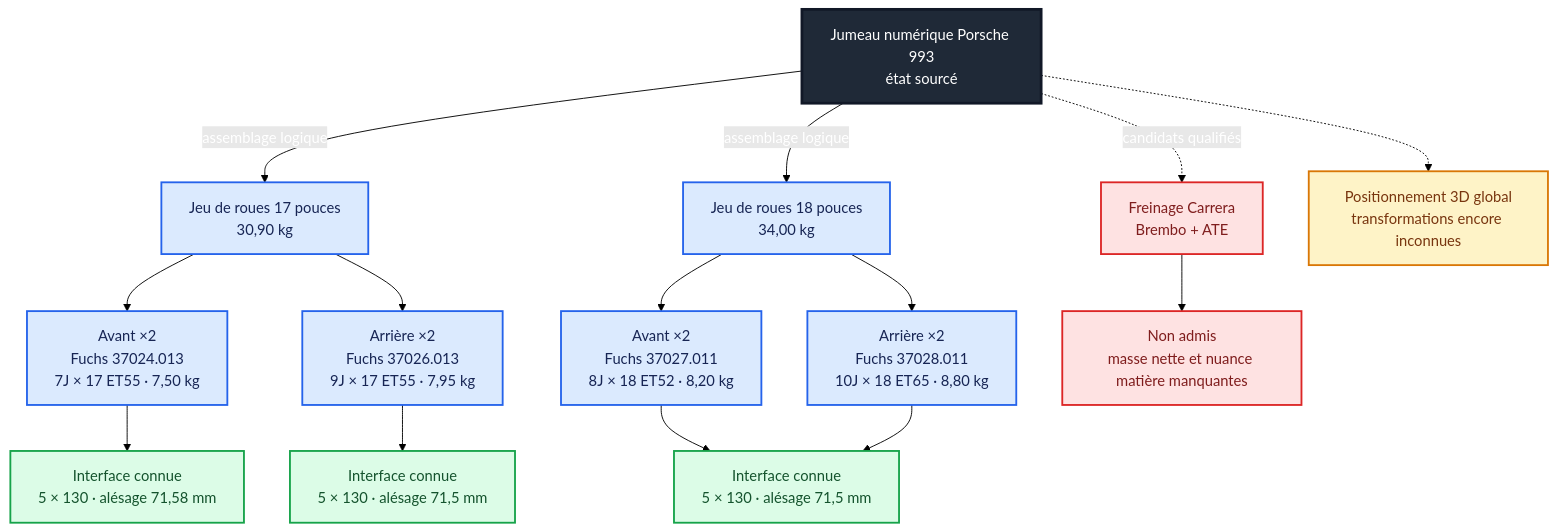
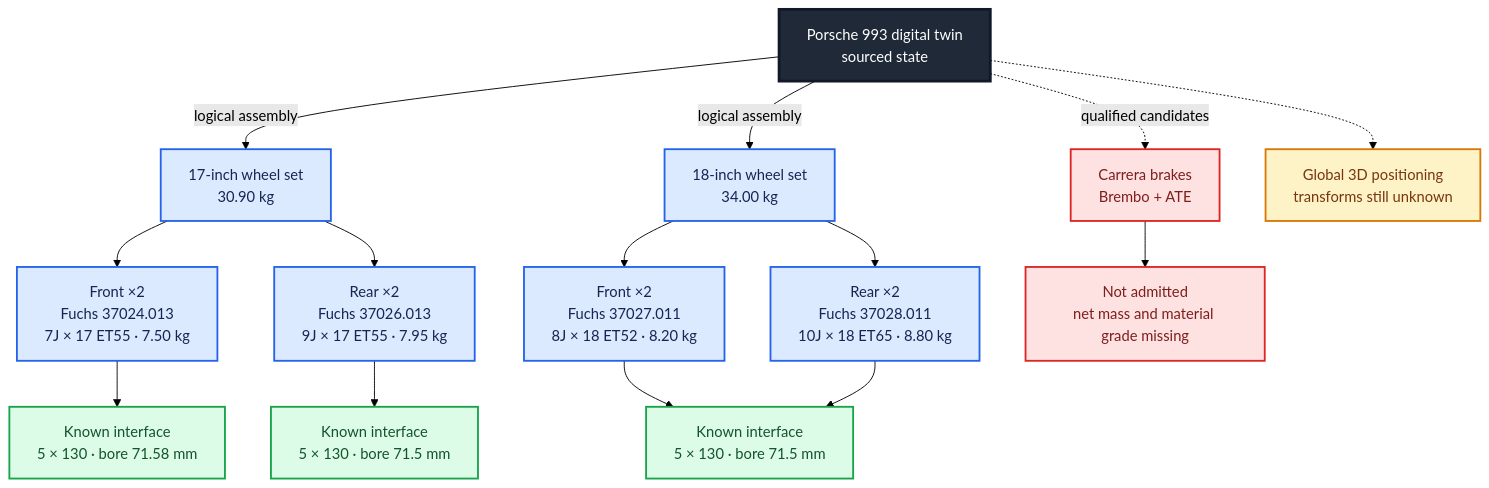
Before and after one commit to cluster2600/porscheparts: the diagram in docs/media/diagrams/digital-twin-993-etat.mmd, drawn with Mermaid (forest theme). The commit also changed 113 other files, not shown here.

```diff
--- a/docs/media/diagrams/digital-twin-993-etat.mmd
+++ b/docs/media/diagrams/digital-twin-993-etat.mmd
@@ -1,31 +1,31 @@
 graph TD
-    T["Jumeau numérique Porsche 993<br/>état sourcé"]
+    T["Porsche 993 digital twin<br/>sourced state"]
 
-    T -->|assemblage logique| W17["Jeu de roues 17 pouces<br/>30,90 kg"]
-    W17 --> F17["Avant ×2<br/>Fuchs 37024.013<br/>7J × 17 ET55 · 7,50 kg"]
-    W17 --> R17["Arrière ×2<br/>Fuchs 37026.013<br/>9J × 17 ET55 · 7,95 kg"]
-    F17 --> I17["Interface connue<br/>5 × 130 · alésage 71,58 mm"]
-    R17 --> I17R["Interface connue<br/>5 × 130 · alésage 71,5 mm"]
+    T -->|logical assembly| W17["17-inch wheel set<br/>30.90 kg"]
+    W17 --> F17["Front ×2<br/>Fuchs 37024.013<br/>7J × 17 ET55 · 7.50 kg"]
+    W17 --> R17["Rear ×2<br/>Fuchs 37026.013<br/>9J × 17 ET55 · 7.95 kg"]
+    F17 --> I17["Known interface<br/>5 × 130 · bore 71.58 mm"]
+    R17 --> I17R["Known interface<br/>5 × 130 · bore 71.5 mm"]
 
-    T -->|assemblage logique| W18["Jeu de roues 18 pouces<br/>34,00 kg"]
-    W18 --> F18["Avant ×2<br/>Fuchs 37027.011<br/>8J × 18 ET52 · 8,20 kg"]
-    W18 --> R18["Arrière ×2<br/>Fuchs 37028.011<br/>10J × 18 ET65 · 8,80 kg"]
-    F18 --> I18["Interface connue<br/>5 × 130 · alésage 71,5 mm"]
+    T -->|logical assembly| W18["18-inch wheel set<br/>34.00 kg"]
+    W18 --> F18["Front ×2<br/>Fuchs 37027.011<br/>8J × 18 ET52 · 8.20 kg"]
+    W18 --> R18["Rear ×2<br/>Fuchs 37028.011<br/>10J × 18 ET65 · 8.80 kg"]
+    F18 --> I18["Known interface<br/>5 × 130 · bore 71.5 mm"]
     R18 --> I18
 
-    T -.->|candidats qualifiés| B["Freinage Carrera<br/>Brembo + ATE"]
-    B --> X["Non admis<br/>masse nette et nuance matière manquantes"]
+    T -.->|qualified candidates| B["Carrera brakes<br/>Brembo + ATE"]
+    B --> X["Not admitted<br/>net mass and material grade missing"]
 
-    T -.-> S["Positionnement 3D global<br/>transformations encore inconnues"]
+    T -.-> S["Global 3D positioning<br/>transforms still unknown"]
 
-    classDef root fill:#1f2937,color:#ffffff,stroke:#111827,stroke-width:3px
+    classDef twin fill:#1f2937,color:#ffffff,stroke:#111827,stroke-width:3px
     classDef active fill:#dbeafe,color:#172554,stroke:#2563eb,stroke-width:2px
     classDef interface fill:#dcfce7,color:#14532d,stroke:#16a34a,stroke-width:2px
     classDef blocked fill:#fee2e2,color:#7f1d1d,stroke:#dc2626,stroke-width:2px
     classDef pending fill:#fef3c7,color:#78350f,stroke:#d97706,stroke-width:2px
 
-    class T root
+    class T twin
     class W17,F17,R17,W18,F18,R18 active
     class I17,I17R,I18 interface
     class B,X blocked
     class S pending
```
